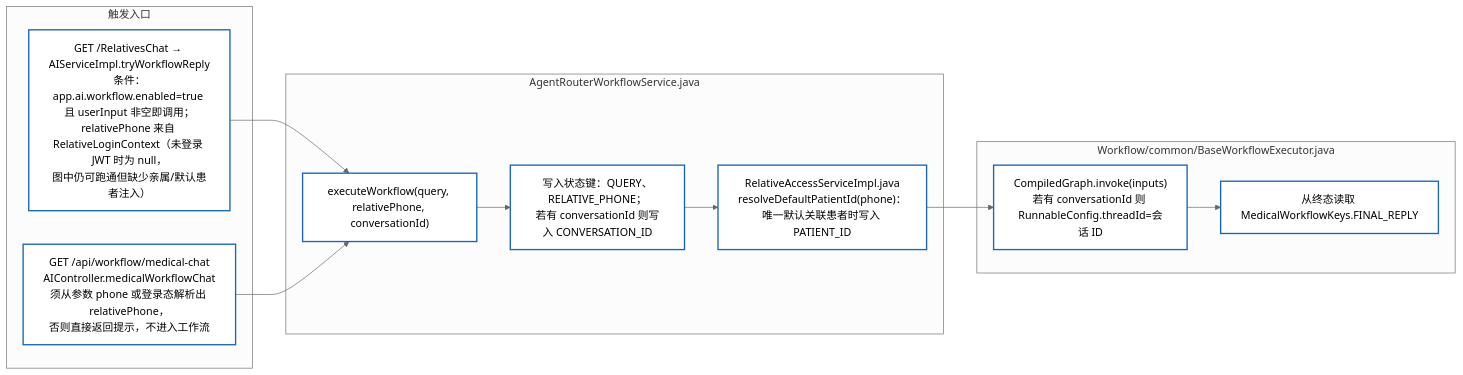
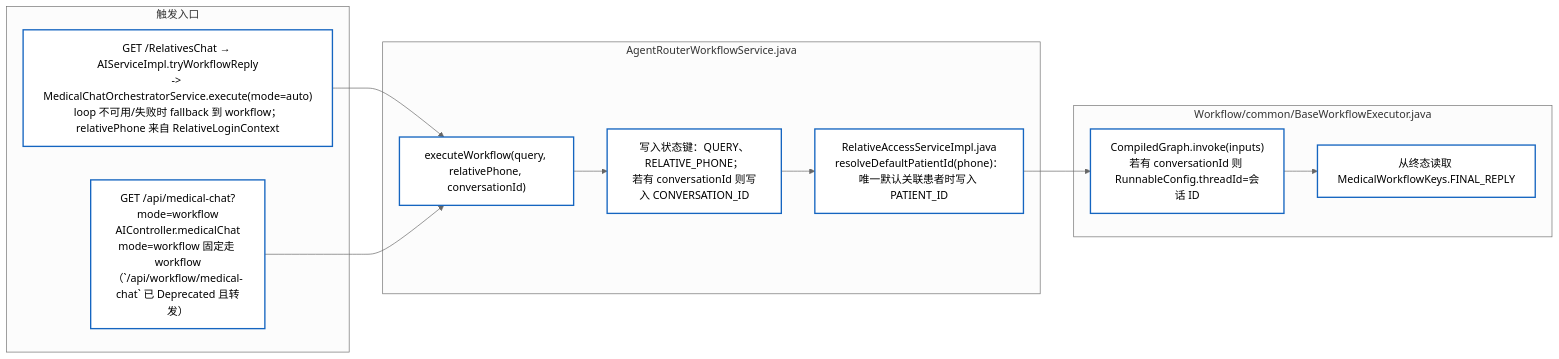
One commit to 6666ccc/SunnySide- changed the fourth of 5 diagrams in README.md. Above: the diagram before and after it, drawn with Mermaid (neutral theme). The commit also changed other lines of this file and 20 other files, not shown here.

````diff
--- a/README.md
+++ b/README.md
@@ -171,31 +182,31 @@
 ```mermaid
 flowchart LR
     %% 样式定义
     classDef wf_node fill:#ffffff,stroke:#1565c0,stroke-width:2px;
 
     subgraph Triggers["触发入口"]
-        T1["GET /RelativesChat → AIServiceImpl.tryWorkflowReply<br/>条件：app.ai.workflow.enabled=true 且 userInput 非空即调用；<br/>relativePhone 来自 RelativeLoginContext（未登录 JWT 时为 null，<br/>图中仍可跑通但缺少亲属/默认患者注入）"]
-        T2["GET /api/workflow/medical-chat<br/>AIController.medicalWorkflowChat<br/>须从参数 phone 或登录态解析出 relativePhone，<br/>否则直接返回提示，不进入工作流"]
+        T1["GET /RelativesChat → AIServiceImpl.tryWorkflowReply<br/>-> MedicalChatOrchestratorService.execute(mode=auto)<br/>loop 不可用/失败时 fallback 到 workflow；relativePhone 来自 RelativeLoginContext"]
+        T2["GET /api/medical-chat?mode=workflow<br/>AIController.medicalChat<br/>mode=workflow 固定走 workflow（`/api/workflow/medical-chat` 已 Deprecated 且转发）"]
     end
 
     subgraph Facade["AgentRouterWorkflowService.java"]
         F1["executeWorkflow(query, relativePhone, conversationId)"]
         F2["写入状态键：QUERY、RELATIVE_PHONE；<br/>若有 conversationId 则写入 CONVERSATION_ID"]
         F3["RelativeAccessServiceImpl.java<br/>resolveDefaultPatientId(phone)：唯一默认关联患者时写入 PATIENT_ID"]
     end
 
     subgraph Run["Workflow/common/BaseWorkflowExecutor.java"]
         R1["CompiledGraph.invoke(inputs)<br/>若有 conversationId 则 RunnableConfig.threadId=会话 ID"]
         R2["从终态读取 MedicalWorkflowKeys.FINAL_REPLY"]
     end
 
     T1 --> F1
     T2 --> F1
     F1 --> F2
     F2 --> F3
     F3 --> R1
     R1 --> R2
 
     %% 样式指派
     class T1,T2,F1,F2,F3,R1,R2 wf_node;
 ```
````
